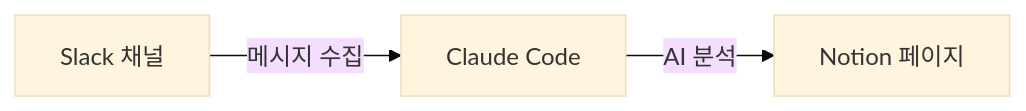
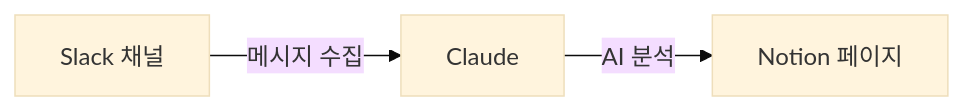
One commit to dykim-base-project/claude-slack-to-notion changed the diagram in README.md. Above: the diagram before and after it, drawn with Mermaid (base theme). The commit also changed other lines of this file, not shown here.

First line of the commit message:
docs: Claude Desktop 설치 가이드 추가 + 요구사항 간소화

````diff
--- a/README.md
+++ b/README.md
@@ -10,5 +10,5 @@
 ```mermaid
 graph LR
-    A["Slack 채널"] -->|메시지 수집| B["Claude Code"]
+    A["Slack 채널"] -->|메시지 수집| B["Claude"]
     B -->|AI 분석| C["Notion 페이지"]
 ```
````
